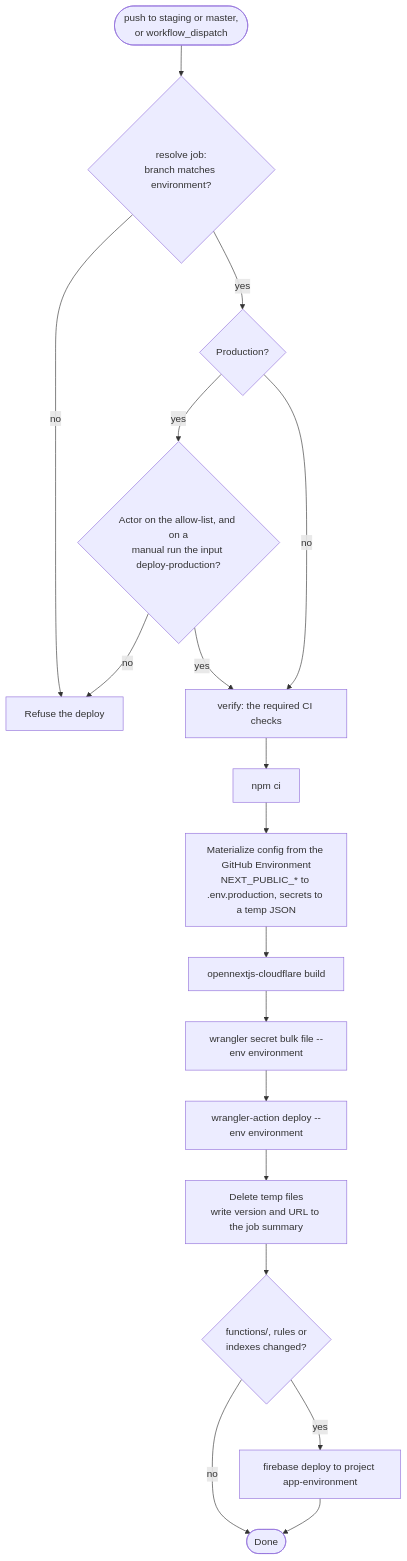
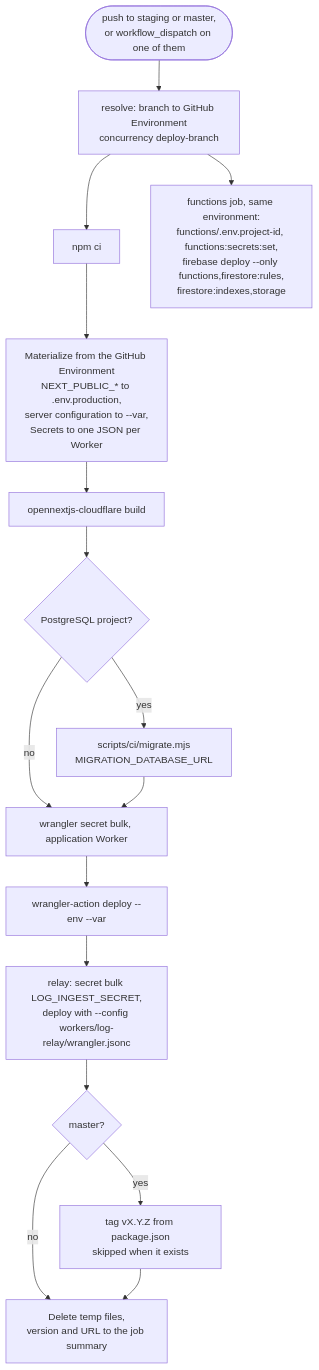
The second of 2 diagrams in src/templates/shared/steering/rules/itg/ci-cd-and-release.md (Improve-To-Grow/MUSUBI), drawn with Mermaid before and after one commit. The commit also changed other lines of this file and 57 other files, not shown here.

````diff
--- a/src/templates/shared/steering/rules/itg/ci-cd-and-release.md
+++ b/src/templates/shared/steering/rules/itg/ci-cd-and-release.md
@@ -32,20 +36,18 @@
 ```mermaid
 flowchart TD
-    TR([push to staging or master,<br/>or workflow_dispatch]) --> RES{resolve job:<br/>branch matches environment?}
-    RES -- no --> STOP[Refuse the deploy]
-    RES -- yes --> PROD{Production?}
-    PROD -- yes --> GUARD{Actor on the allow-list, and on a<br/>manual run the input deploy-production?}
-    GUARD -- no --> STOP
-    GUARD -- yes --> V
-    PROD -- no --> V[verify: the required CI checks]
-    V --> I[npm ci]
-    I --> MAT[Materialize config from the GitHub Environment<br/>NEXT_PUBLIC_* to .env.production, secrets to a temp JSON]
+    TR([push to staging or master,<br/>or workflow_dispatch on one of them]) --> RES[resolve: branch to GitHub Environment<br/>concurrency deploy-branch]
+    RES --> I[npm ci]
+    I --> MAT[Materialize from the GitHub Environment<br/>NEXT_PUBLIC_* to .env.production,<br/>server configuration to --var,<br/>Secrets to one JSON per Worker]
     MAT --> B[opennextjs-cloudflare build]
-    B --> SEC[wrangler secret bulk file --env environment]
-    SEC --> DEP[wrangler-action deploy --env environment]
-    DEP --> CLN[Delete temp files<br/>write version and URL to the job summary]
-    CLN --> FX{functions/, rules or<br/>indexes changed?}
-    FX -- yes --> FB[firebase deploy to project app-environment]
-    FX -- no --> DONE([Done])
-    FB --> DONE
+    B --> MIG{PostgreSQL project?}
+    MIG -- yes --> M[scripts/ci/migrate.mjs<br/>MIGRATION_DATABASE_URL]
+    MIG -- no --> SEC
+    M --> SEC[wrangler secret bulk, application Worker]
+    SEC --> DEP[wrangler-action deploy --env --var]
+    DEP --> REL[relay: secret bulk LOG_INGEST_SECRET,<br/>deploy with --config workers/log-relay/wrangler.jsonc]
+    REL --> TAG{master?}
+    TAG -- yes --> T[tag vX.Y.Z from package.json<br/>skipped when it exists]
+    TAG -- no --> CLN
+    T --> CLN[Delete temp files,<br/>version and URL to the job summary]
+    RES --> FNJ[functions job, same environment:<br/>functions/.env.project-id, functions:secrets:set,<br/>firebase deploy --only functions,firestore:rules,<br/>firestore:indexes,storage]
 ```
````
